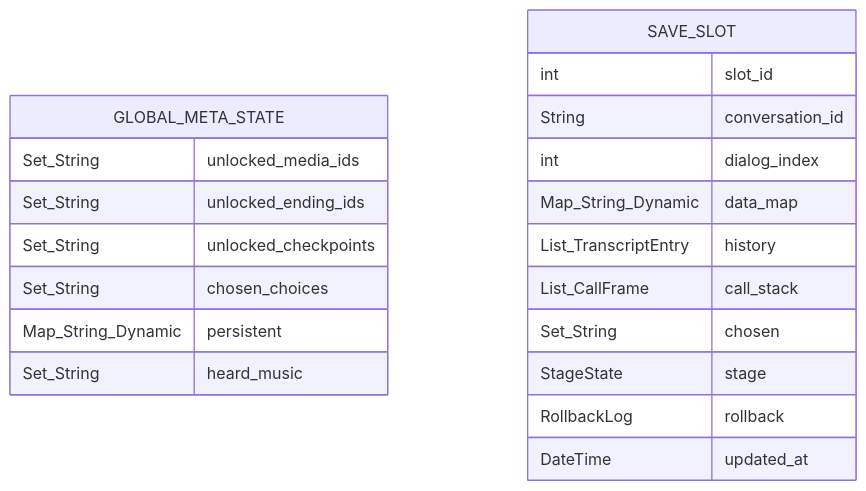
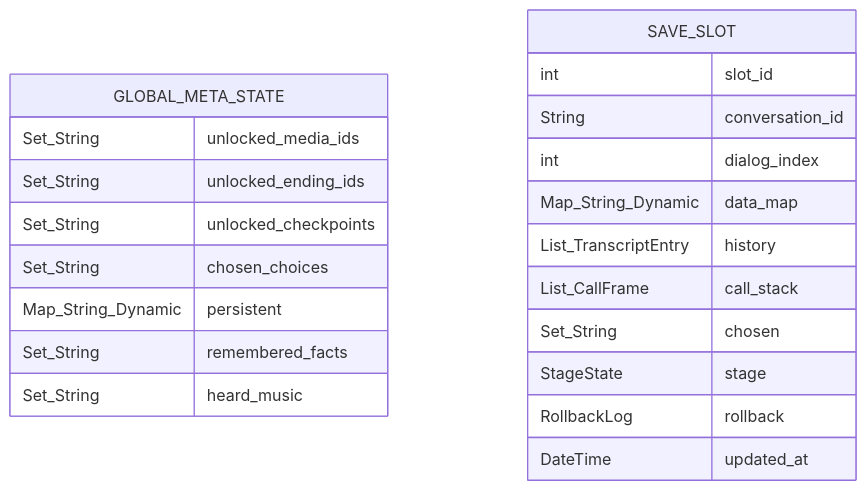
Before and after one commit to esafirm/cerita-engine: the diagram in specs/engine-and-state.md, drawn with Mermaid. The commit also changed other lines of this file and 3 other files, not shown here.

````diff
--- a/specs/engine-and-state.md
+++ b/specs/engine-and-state.md
@@ -103,23 +159,24 @@
 ```mermaid
 erDiagram
     GLOBAL_META_STATE {
         Set_String unlocked_media_ids
         Set_String unlocked_ending_ids
         Set_String unlocked_checkpoints
         Set_String chosen_choices
         Map_String_Dynamic persistent
+        Set_String remembered_facts
         Set_String heard_music
     }
     SAVE_SLOT {
         int slot_id
         String conversation_id
         int dialog_index
         Map_String_Dynamic data_map
         List_TranscriptEntry history
         List_CallFrame call_stack
         Set_String chosen
         StageState stage
         RollbackLog rollback
         DateTime updated_at
     }
 ```
````
